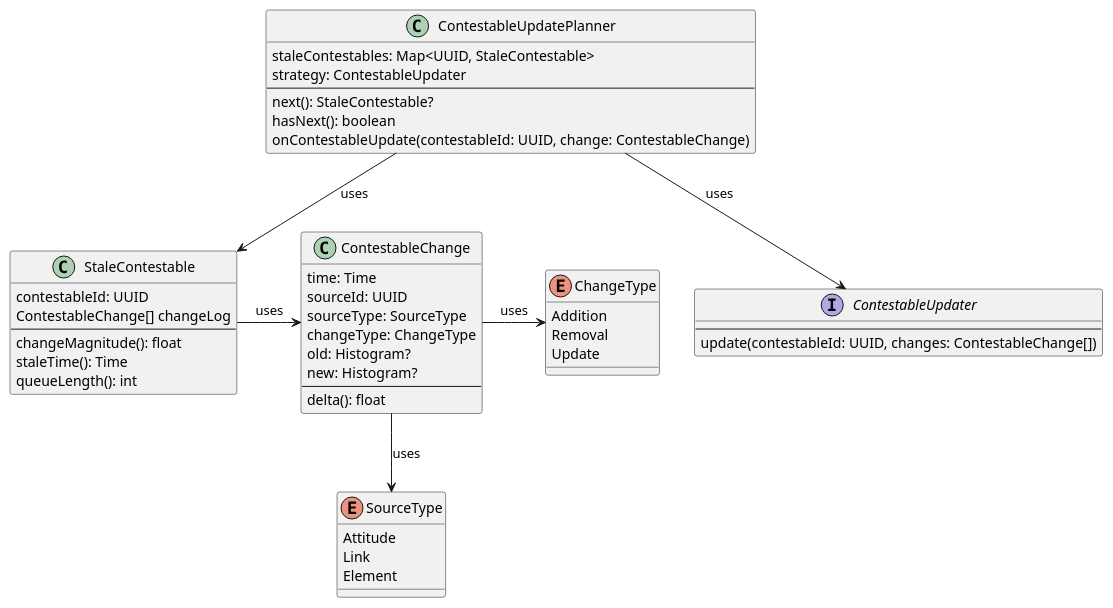
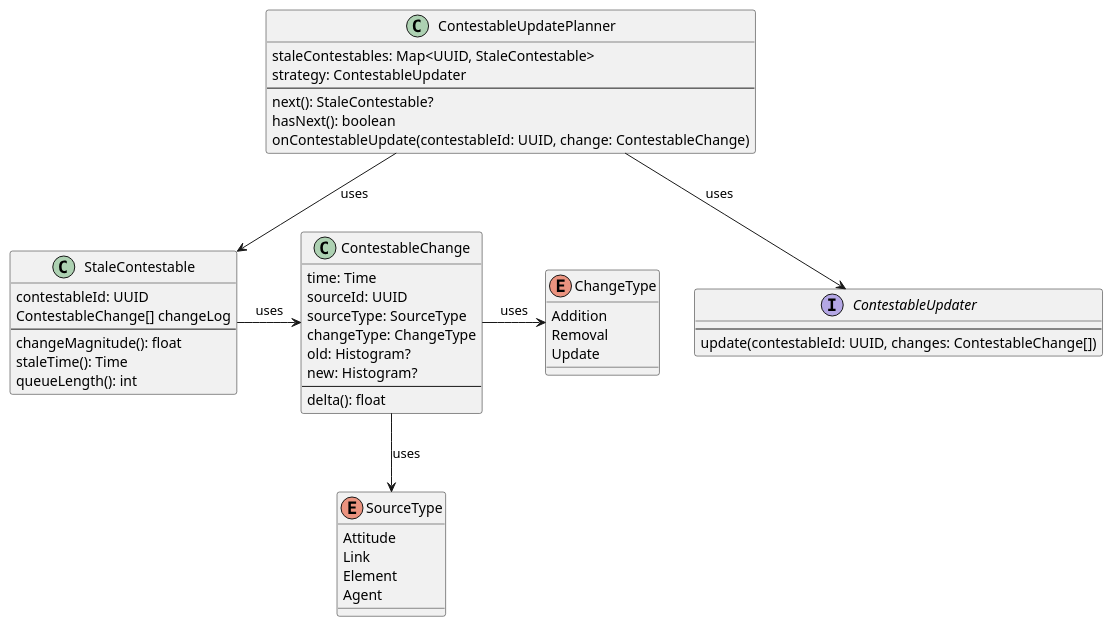
The diagram in doc/propagation.puml (civic-tech-pioneer/demograph), drawn with PlantUML before and after one commit. The commit also changed 17 other files, not shown here.

```diff
--- a/doc/propagation.puml
+++ b/doc/propagation.puml
@@ -1,68 +1,70 @@
 @startuml
 'https://plantuml.com/class-diagram
 
 
 'Prioritization Metrics - Lexicographic ordering
 ' 1. Stale predecessor count
 ' 2. Aggregate Ranking
 '    - Queue length
 '    - Stale time (class)
 '    - Change magnitude
 
 class ContestableUpdatePlanner {
     staleContestables: Map<UUID, StaleContestable>
     strategy: ContestableUpdater
     --
     next(): StaleContestable?
     hasNext(): boolean
     onContestableUpdate(contestableId: UUID, change: ContestableChange)
 }
 
 interface ContestableUpdater {
     --
     update(contestableId: UUID, changes: ContestableChange[])
 }
 
 class StaleContestable {
     contestableId: UUID
     ContestableChange[] changeLog
     --
     ' average(changeLog.map(_.delta())
     changeMagnitude(): float
     ' changeLog[0].time
     staleTime(): Time
     ' changeLog.length
     queueLength(): int
 }
 
 class ContestableChange {
     time: Time
     sourceId: UUID
     sourceType: SourceType
     ' at least one of { old, new } should be non-null, depending on `changeType`.
     changeType: ChangeType
     old: Histogram?
     new: Histogram?
     --
     delta(): float
 }
 
 enum SourceType {
     Attitude
     Link
     Element
+'    credibility (global / local)
+    Agent
 }
 
 enum ChangeType {
     Addition
     Removal
     Update
 }
 
 StaleContestable -> ContestableChange : uses
 ContestableChange --> SourceType : uses
 ContestableChange -> ChangeType : uses
 ContestableUpdatePlanner --> StaleContestable : uses
 ContestableUpdatePlanner --> ContestableUpdater : uses
 
 @enduml
```
